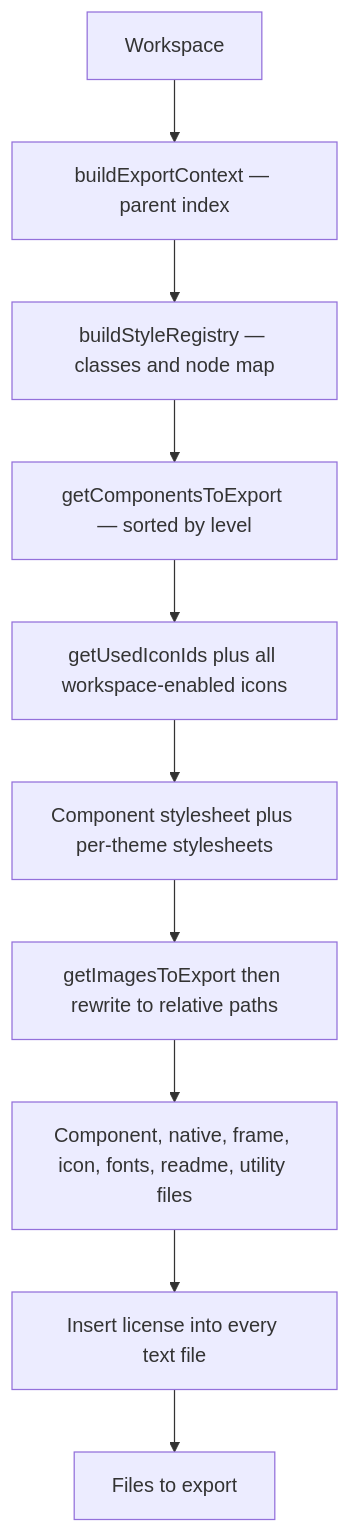
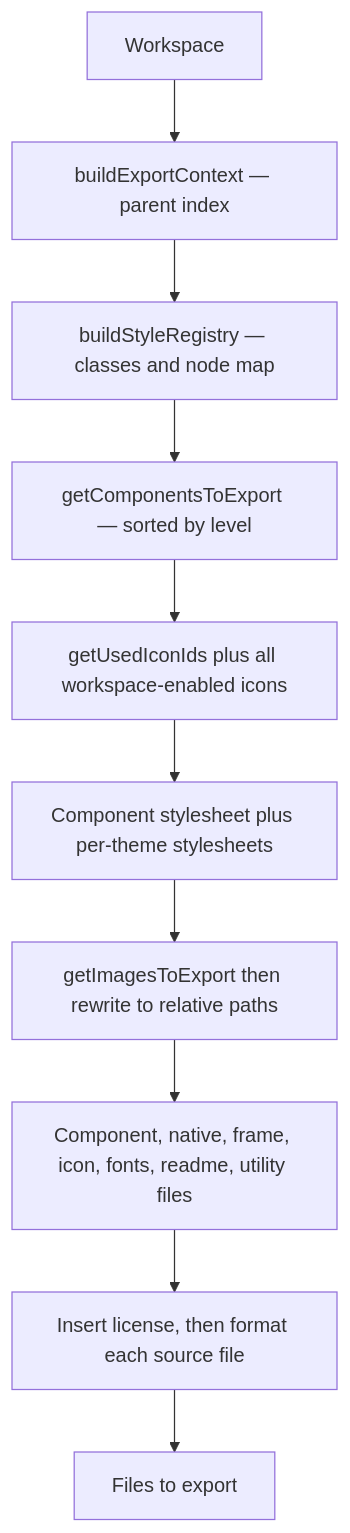
Before and after one commit to SeldonDigital/seldon: the diagram in packages/factory/README.md, drawn with Mermaid. The commit also changed other lines of this file and 35 other files, not shown here.

````diff
--- a/packages/factory/README.md
+++ b/packages/factory/README.md
@@ -80,12 +80,12 @@
 ```mermaid
 flowchart TD
   workspace[Workspace] --> context[buildExportContext — parent index]
   context --> registry[buildStyleRegistry — classes and node map]
   registry --> discover[getComponentsToExport — sorted by level]
   discover --> icons[getUsedIconIds plus all workspace-enabled icons]
   icons --> css[Component stylesheet plus per-theme stylesheets]
   css --> images[getImagesToExport then rewrite to relative paths]
   images --> files[Component, native, frame, icon, fonts, readme, utility files]
-  files --> license[Insert license into every text file]
+  files --> license[Insert license, then format each source file]
   license --> output[Files to export]
 ```
````
